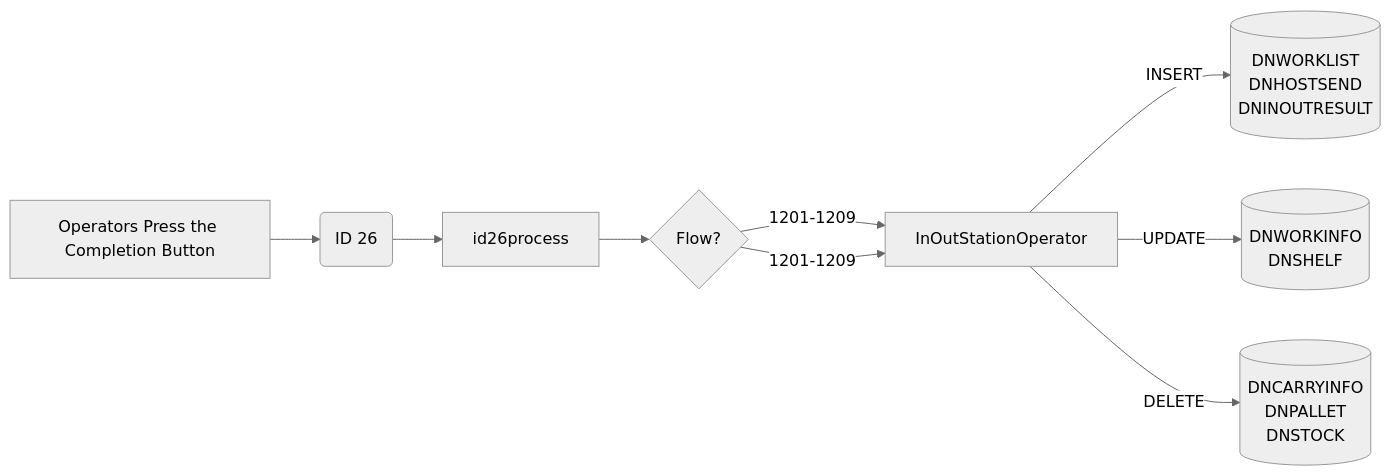
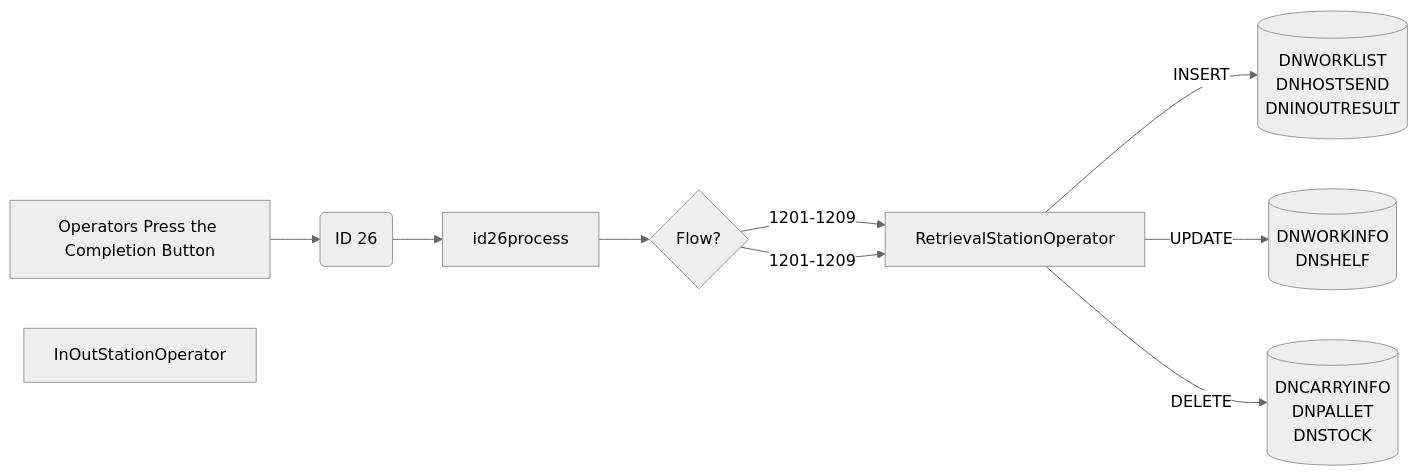
One commit to luthfiadityaa/SimeDarby-Wiki changed diagram 19 of 19 in Basic-Design/DFD-WMS/Retrieval/Specific-Location-Retrieval-Setting.md. Above: the diagram before and after it, drawn with Mermaid (neutral theme).

Commit message:
Updated Specific Location Retrieval Setting

```diff
--- a/Basic-Design/DFD-WMS/Retrieval/Specific-Location-Retrieval-Setting.md
+++ b/Basic-Design/DFD-WMS/Retrieval/Specific-Location-Retrieval-Setting.md
@@ -834,42 +834,42 @@
 ::: mermaid
 flowchart LR
 
 buttonclicked["
 Operators Press the Completion Button
 "]
 
 id26msg("
 ID 26
 ")
 
 id26-update[("
 DNWORKINFO
 DNSHELF
 ")]
 
 id26-delete[("
 DNCARRYINFO
 DNPALLET
 DNSTOCK
 ")]
 
 id26-insert[("
 DNWORKLIST
 DNHOSTSEND
 DNINOUTRESULT
 ")]
 
 id26process[id26process]
 retrievaloperator[RetrievalStationOperator]
-retrievaloperator[InOutStationOperator]
+inOutStationOperator[InOutStationOperator]
 
 
 buttonclicked --> id26msg
 id26msg -->id26process-->Cond1{Flow?}
 Cond1{Flow?} --> |1201-1209| retrievaloperator
 Cond1{Flow?} --> |1201-1209| retrievaloperator
 
 retrievaloperator--> |INSERT| id26-insert
 retrievaloperator--> |UPDATE| id26-update
 retrievaloperator--> |DELETE| id26-delete
 :::
```
